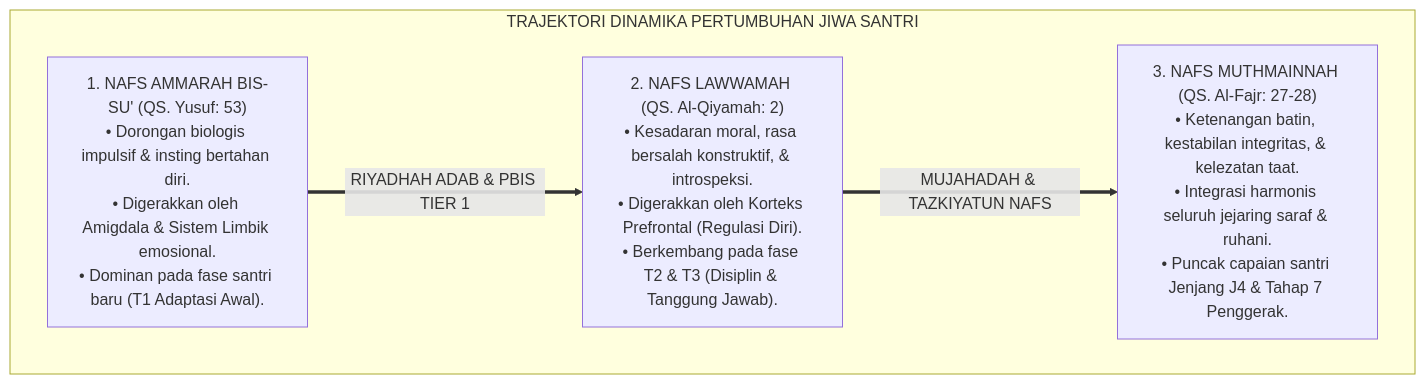
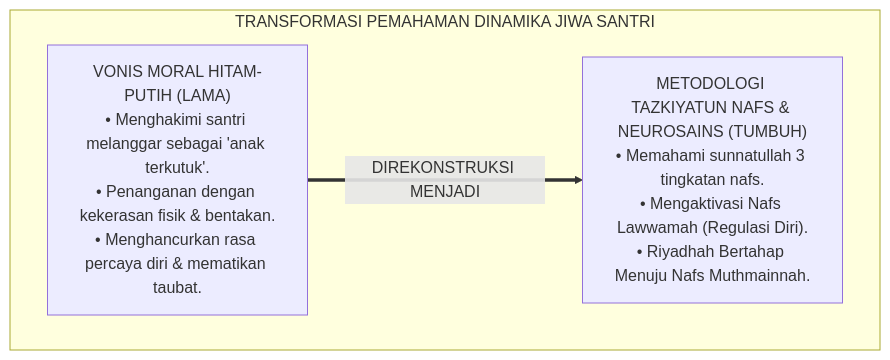
The first of 5 diagrams in 01 Philosophy/02 Human Nature/P1-02-05-Dinamika-Nafs-Ammarah-Lawwamah-Muthmainnah.md (wandiapriliyandi/tumbuh), drawn with Mermaid before and after one commit. The commit also changed other lines of this file and 6 other files, not shown here.

````diff
--- a/01 Philosophy/02 Human Nature/P1-02-05-Dinamika-Nafs-Ammarah-Lawwamah-Muthmainnah.md
+++ b/01 Philosophy/02 Human Nature/P1-02-05-Dinamika-Nafs-Ammarah-Lawwamah-Muthmainnah.md
@@ -58,13 +55,10 @@
 ```mermaid
 flowchart TD
-    subgraph TrajektoriDinamikaNafsTUMBUH["TRAJEKTORI DINAMIKA PERTUMBUHAN JIWA SANTRI"]
-        Ammarah["1. NAFS AMMARAH BIS-SU' (QS. Yusuf: 53)<br/>• Dorongan biologis impulsif & insting bertahan diri.<br/>• Digerakkan oleh Amigdala & Sistem Limbik emosional.<br/>• Dominan pada fase santri baru (T1 Adaptasi Awal)."]
+    subgraph TransformasiDinamikaJiwa["TRANSFORMASI PEMAHAMAN DINAMIKA JIWA SANTRI"]
+        PolaVonisLama["VONIS MORAL HITAM-PUTIH (LAMA)<br/>• Menghakimi santri melanggar sebagai 'anak terkutuk'.<br/>• Penanganan dengan kekerasan fisik & bentakan.<br/>• Menghancurkan rasa percaya diri & mematikan taubat."]
         
-        Lawwamah["2. NAFS LAWWAMAH (QS. Al-Qiyamah: 2)<br/>• Kesadaran moral, rasa bersalah konstruktif, & introspeksi.<br/>• Digerakkan oleh Korteks Prefrontal (Regulasi Diri).<br/>• Berkembang pada fase T2 & T3 (Disiplin & Tanggung Jawab)."]
+        PolaTazkiyahTUMBUH["METODOLOGI TAZKIYATUN NAFS & NEUROSAINS (TUMBUH)<br/>• Memahami sunnatullah 3 tingkatan nafs.<br/>• Mengaktivasi Nafs Lawwamah (Regulasi Diri).<br/>• Riyadhah Bertahap Menuju Nafs Muthmainnah."]
         
-        Muthmainnah["3. NAFS MUTHMAINNAH (QS. Al-Fajr: 27-28)<br/>• Ketenangan batin, kestabilan integritas, & kelezatan taat.<br/>• Integrasi harmonis seluruh jejaring saraf & ruhani.<br/>• Puncak capaian santri Jenjang J4 & Tahap 7 Penggerak."]
-        
-        Ammarah ==>|RIYADHAH ADAB & PBIS TIER 1| Lawwamah
-        Lawwamah ==>|MUJAHADAH & TAZKIYATUN NAFS| Muthmainnah
+        PolaVonisLama ==>|DIREKONSTRUKSI MENJADI| PolaTazkiyahTUMBUH
     end
 ```
````
